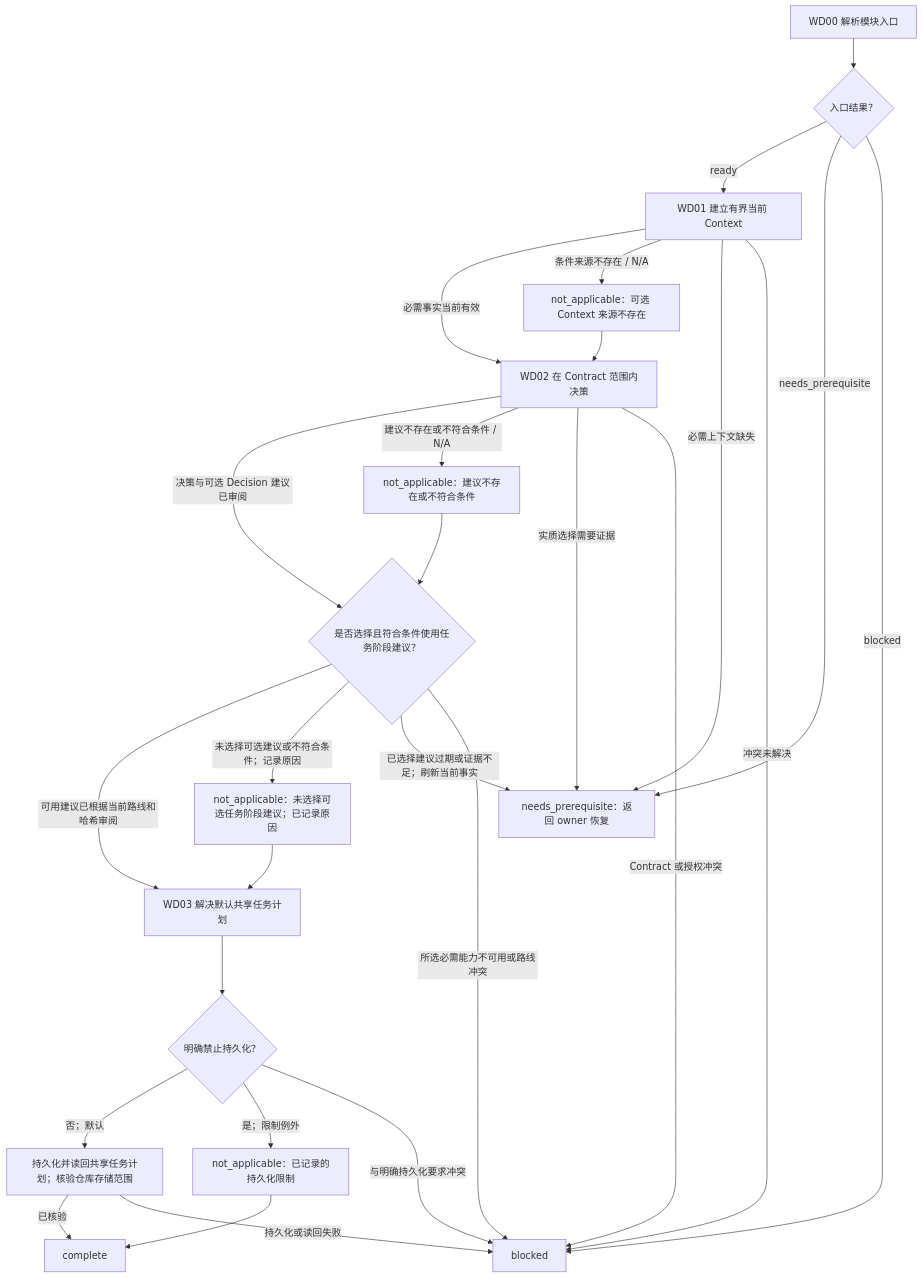
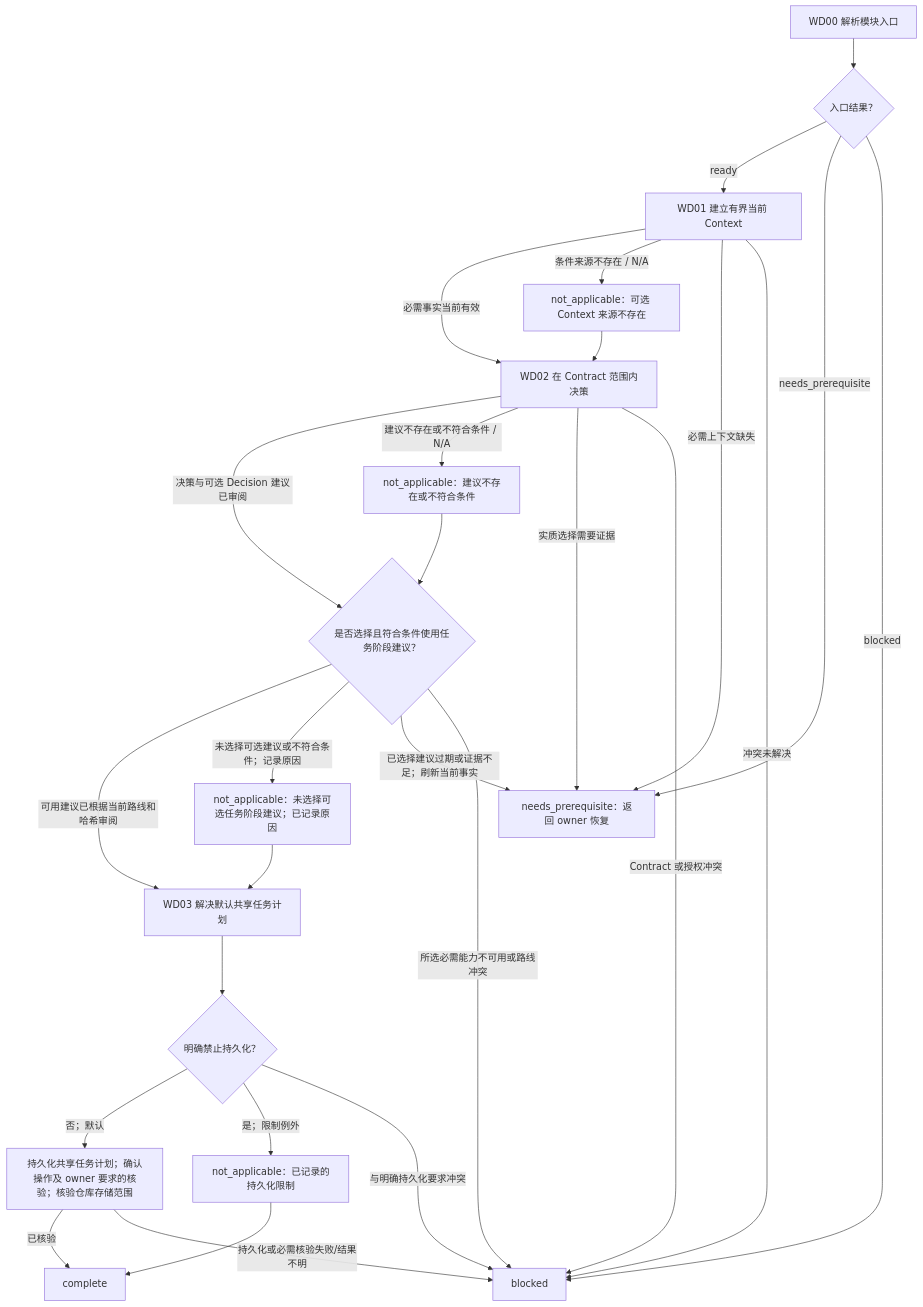
The diagram in docs/skill/references/coding/layer-04-workflows/modules/work-definition_zh_cn.md (john-z-huang/token-io-decoupling), drawn with Mermaid before and after one commit. The commit also changed other lines of this file and 45 other files, not shown here.

````diff
--- a/docs/skill/references/coding/layer-04-workflows/modules/work-definition_zh_cn.md
+++ b/docs/skill/references/coding/layer-04-workflows/modules/work-definition_zh_cn.md
@@ -18,44 +18,44 @@
 ```mermaid
 flowchart TD
     WD00["WD00 解析模块入口"]
     D_ENTRY{"入口结果？"}
     WD01["WD01 建立有界当前 Context"]
     WD02["WD02 在 Contract 范围内决策"]
     D_ROUTING_ADVICE{"是否选择且符合条件使用任务阶段建议？"}
     WD03["WD03 解决默认共享任务计划"]
     D_PLAN{"明确禁止持久化？"}
-    WD_PLAN["持久化并读回共享任务计划；核验仓库存储范围"]
+    WD_PLAN["持久化共享任务计划；确认操作及 owner 要求的核验；核验仓库存储范围"]
     WD_DONE["complete"]
     WD_CONTEXT_NA["not_applicable：可选 Context 来源不存在"]
     WD_ADVICE_NA["not_applicable：建议不存在或不符合条件"]
     WD_ROUTING_NA["not_applicable：未选择可选任务阶段建议；已记录原因"]
     WD_PLAN_NA["not_applicable：已记录的持久化限制"]
     WD_NEEDS["needs_prerequisite：返回 owner 恢复"]
     WD_BLOCK["blocked"]
     WD00 --> D_ENTRY
     D_ENTRY -- ready --> WD01
     D_ENTRY -- needs_prerequisite --> WD_NEEDS
     D_ENTRY -- blocked --> WD_BLOCK
     WD01 -- 必需事实当前有效 --> WD02
     WD01 -- 条件来源不存在 / N/A --> WD_CONTEXT_NA
     WD_CONTEXT_NA --> WD02
     WD01 -- 必需上下文缺失 --> WD_NEEDS
     WD01 -- 冲突未解决 --> WD_BLOCK
     WD02 -- 决策与可选 Decision 建议已审阅 --> D_ROUTING_ADVICE
     WD02 -- 建议不存在或不符合条件 / N/A --> WD_ADVICE_NA
     WD_ADVICE_NA --> D_ROUTING_ADVICE
     D_ROUTING_ADVICE -- 可用建议已根据当前路线和哈希审阅 --> WD03
     D_ROUTING_ADVICE -- 未选择可选建议或不符合条件；记录原因 --> WD_ROUTING_NA
     WD_ROUTING_NA --> WD03
     D_ROUTING_ADVICE -- 已选择建议过期或证据不足；刷新当前事实 --> WD_NEEDS
     D_ROUTING_ADVICE -- 所选必需能力不可用或路线冲突 --> WD_BLOCK
     WD02 -- 实质选择需要证据 --> WD_NEEDS
     WD02 -- Contract 或授权冲突 --> WD_BLOCK
     WD03 --> D_PLAN
     D_PLAN -- 否；默认 --> WD_PLAN
     WD_PLAN -- 已核验 --> WD_DONE
-    WD_PLAN -- 持久化或读回失败 --> WD_BLOCK
+    WD_PLAN -- 持久化或必需核验失败/结果不明 --> WD_BLOCK
     D_PLAN -- 是；限制例外 --> WD_PLAN_NA
     D_PLAN -- 与明确持久化要求冲突 --> WD_BLOCK
     WD_PLAN_NA --> WD_DONE
 ```
````
